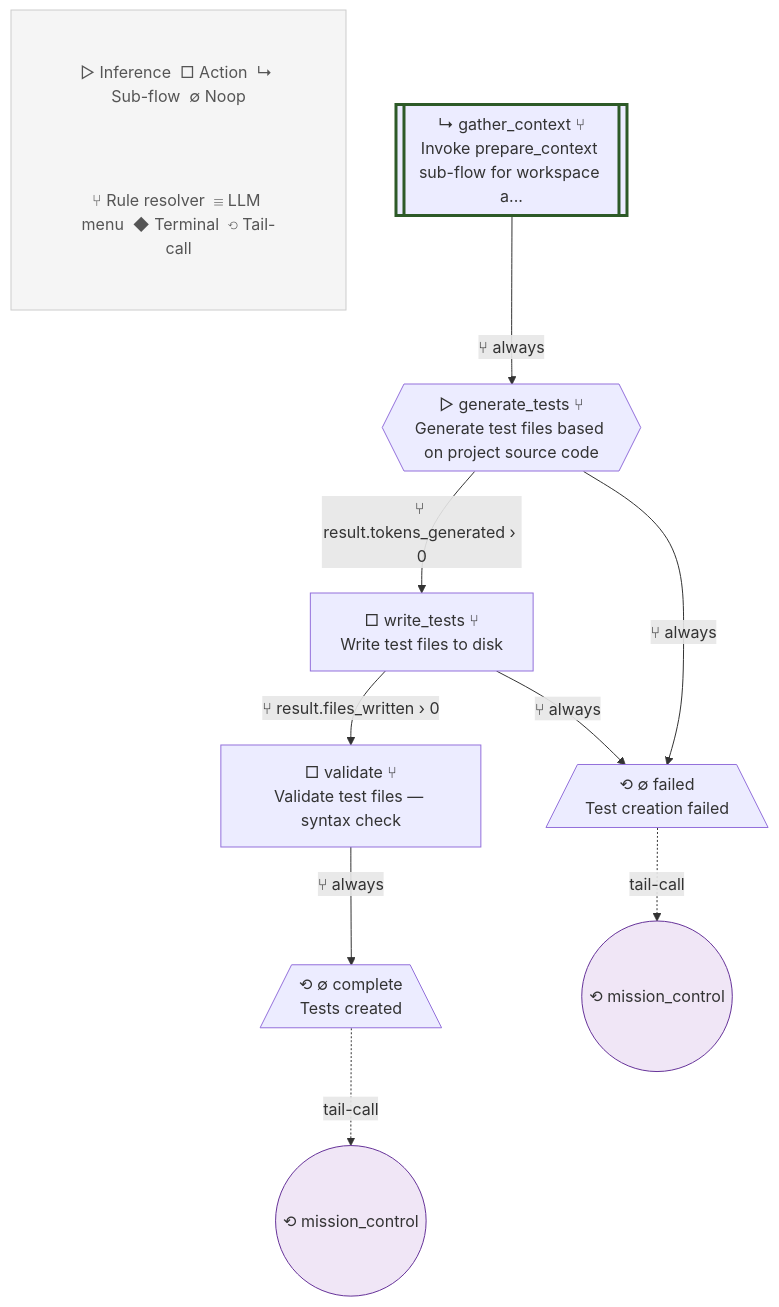
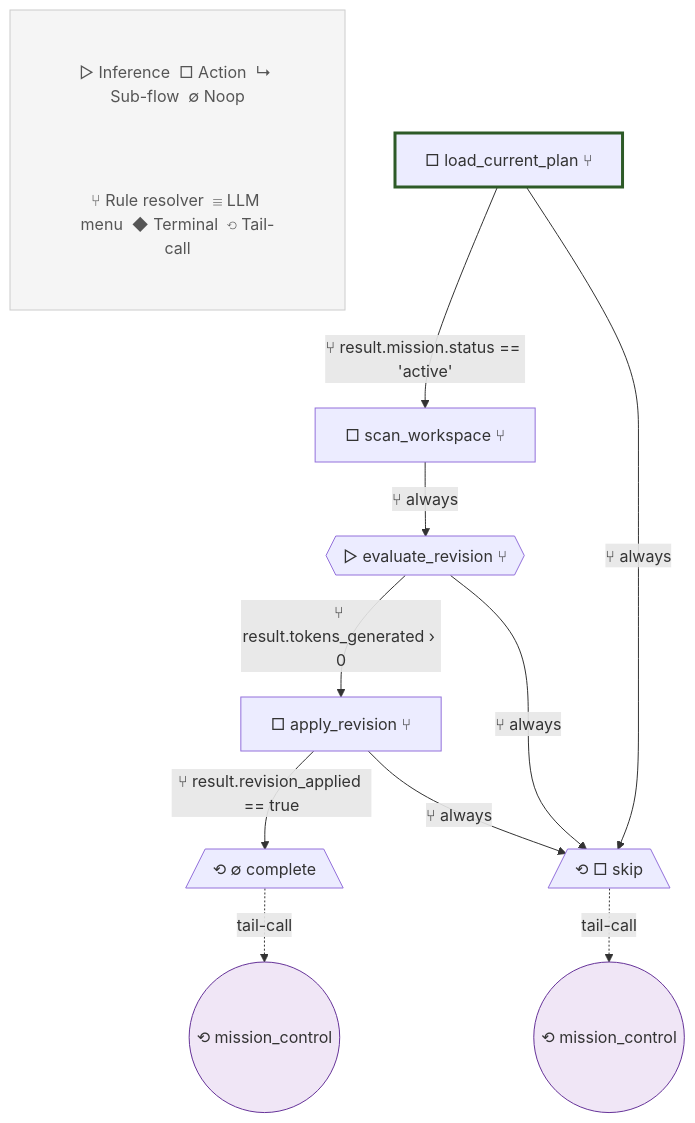
Before and after one commit to lah-rb/ouroboros: the fifth of 20 diagrams in blueprint.md, drawn with Mermaid. The commit also changed other lines of this file and 207 other files, not shown here.

````diff
--- a/blueprint.md
+++ b/blueprint.md
@@ -519,35 +583,36 @@
 ```mermaid
 flowchart TD
-    %% create_tests v2
+    %% revise_plan v3
 
     subgraph Legend[" "]
         L1["▷ Inference  □ Action  ↳ Sub-flow  ∅ Noop"]
         L2["⑂ Rule resolver  ☰ LLM menu  ◆ Terminal  ⟲ Tail-call"]
     end
     style Legend fill:#f5f5f5,stroke:#ccc,stroke-width:1px
     style L1 fill:#f5f5f5,stroke:none,color:#555
     style L2 fill:#f5f5f5,stroke:none,color:#555
 
-    gather_context[["↳ gather_context ⑂\nInvoke prepare_context sub-flow for workspace a..."]]
-    generate_tests{{"▷ generate_tests ⑂\nGenerate test files based on project source code"}}
-    write_tests["□ write_tests ⑂\nWrite test files to disk"]
-    validate["□ validate ⑂\nValidate test files — syntax check"]
-    complete[/"⟲ ∅ complete\nTests created"\]
-    failed[/"⟲ ∅ failed\nTest creation failed"\]
+    load_current_plan["□ load_current_plan ⑂"]
+    scan_workspace["□ scan_workspace ⑂"]
+    evaluate_revision{{"▷ evaluate_revision ⑂"}}
+    apply_revision["□ apply_revision ⑂"]
+    skip[/"⟲ □ skip"\]
+    complete[/"⟲ ∅ complete"\]
 
-    style gather_context stroke-width:3px,stroke:#2d5a27
+    style load_current_plan stroke-width:3px,stroke:#2d5a27
 
-    gather_context -->|⑂ always| generate_tests
-    generate_tests -->|⑂ result.tokens_generated › 0| write_tests
-    generate_tests -->|⑂ always| failed
-    write_tests -->|⑂ result.files_written › 0| validate
-    write_tests -->|⑂ always| failed
-    validate -->|⑂ always| complete
+    load_current_plan -->|⑂ result.mission.status == 'active'| scan_workspace
+    load_current_plan -->|⑂ always| skip
+    scan_workspace -->|⑂ always| evaluate_revision
+    evaluate_revision -->|⑂ result.tokens_generated › 0| apply_revision
+    evaluate_revision -->|⑂ always| skip
+    apply_revision -->|⑂ result.revision_applied == true| complete
+    apply_revision -->|⑂ always| skip
+    tc_skip(("⟲ mission_control"))
+    style tc_skip fill:#f0e6f6,stroke:#663399
+    skip -.->|tail-call| tc_skip
     tc_complete(("⟲ mission_control"))
     style tc_complete fill:#f0e6f6,stroke:#663399
     complete -.->|tail-call| tc_complete
-    tc_failed(("⟲ mission_control"))
-    style tc_failed fill:#f0e6f6,stroke:#663399
-    failed -.->|tail-call| tc_failed
 
 ```
````
